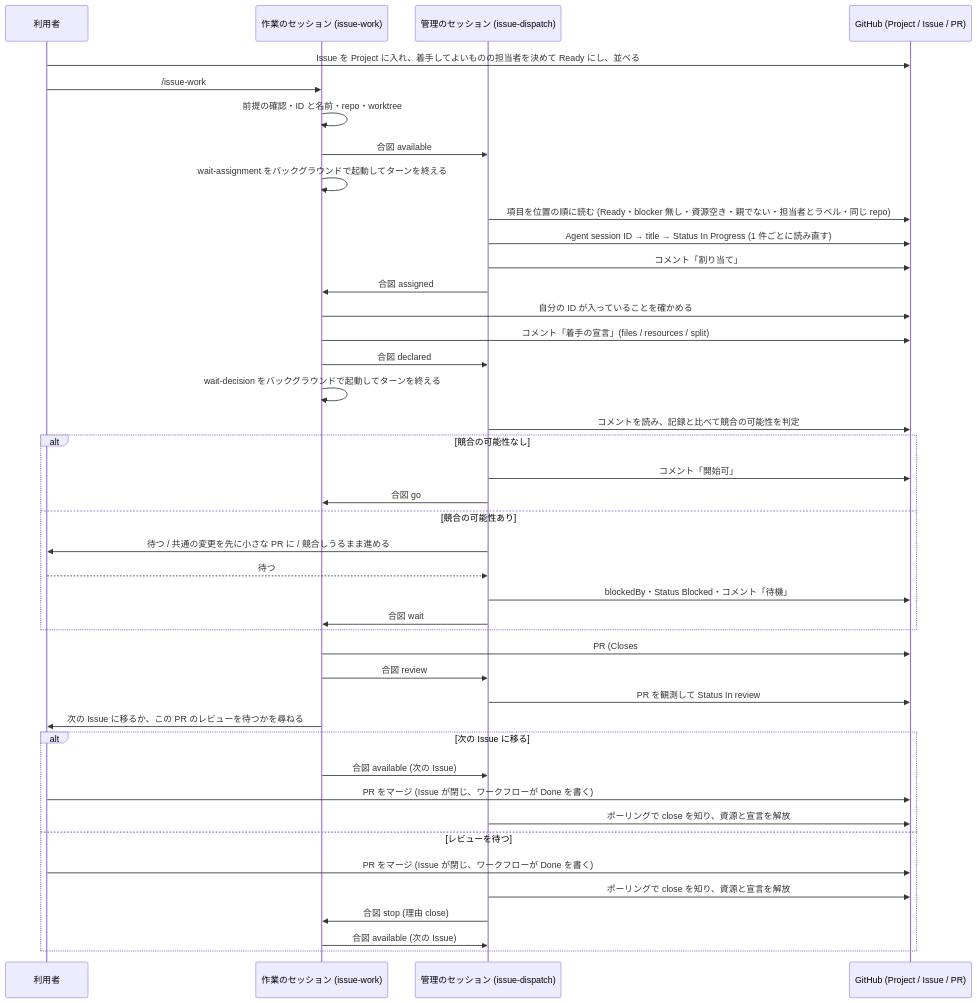
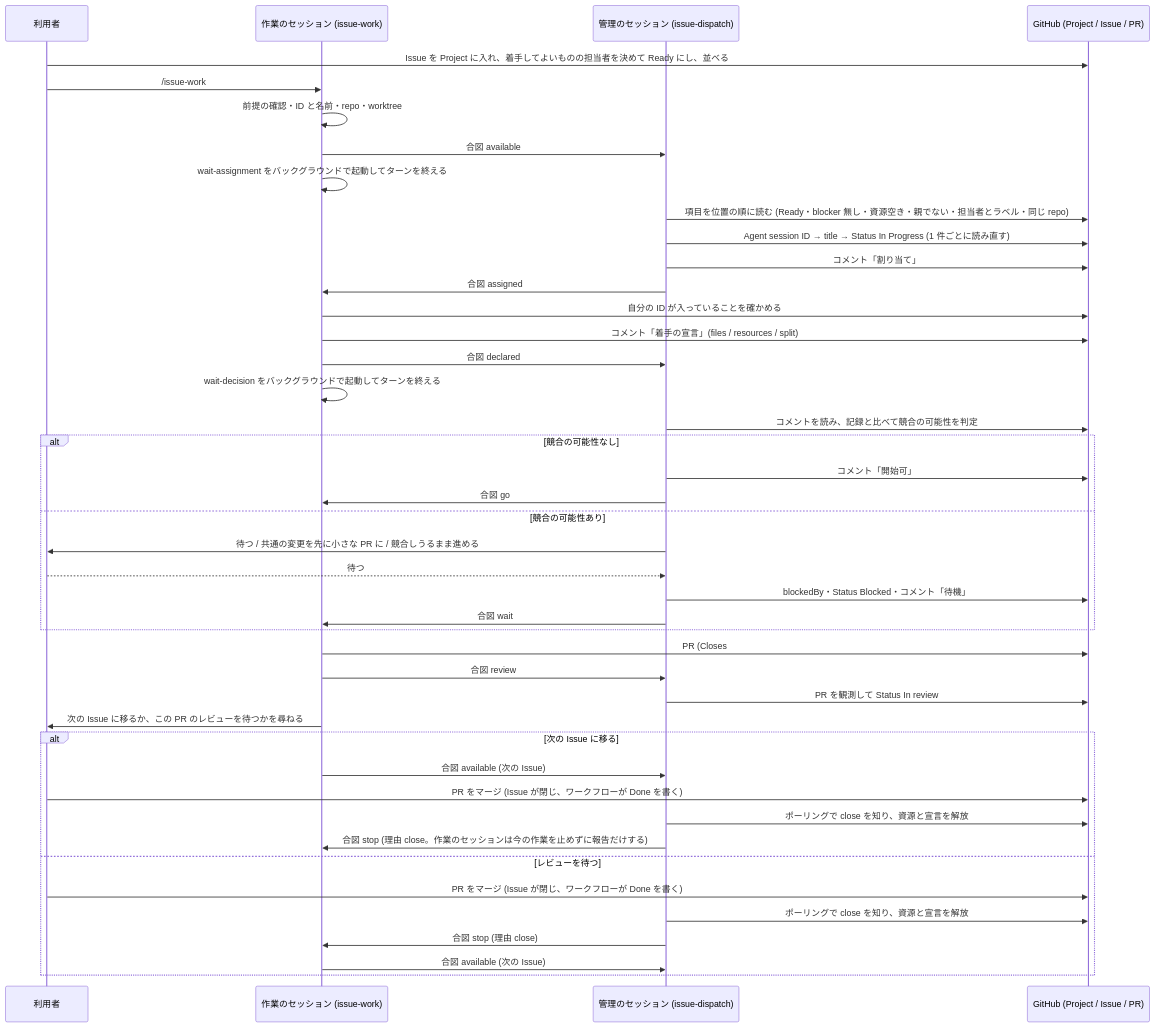
Before and after one commit to akm/claude-plugins: the first of 3 diagrams in docs/plans/2026-10-06-2025-feat-issue-dispatch-plan.md, drawn with Mermaid. The commit also changed other lines of this file, not shown here.

First line of the commit message:
📝 docs(plans): issue-dispatch の計画で、In review の Issue が閉じたときに合図 stop を承認なしで送ると R21 に書く (#114)

````diff
--- a/docs/plans/2026-10-06-2025-feat-issue-dispatch-plan.md
+++ b/docs/plans/2026-10-06-2025-feat-issue-dispatch-plan.md
@@ -601,45 +601,46 @@
 ```mermaid
 sequenceDiagram
   participant U as 利用者
   participant W as 作業のセッション (issue-work)
   participant M as 管理のセッション (issue-dispatch)
   participant G as GitHub (Project / Issue / PR)
 
   U->>G: Issue を Project に入れ、着手してよいものの担当者を決めて Ready にし、並べる
   U->>W: /issue-work
   W->>W: 前提の確認・ID と名前・repo・worktree
   W->>M: 合図 available
   W->>W: wait-assignment をバックグラウンドで起動してターンを終える
   M->>G: 項目を位置の順に読む (Ready・blocker 無し・資源空き・親でない・担当者とラベル・同じ repo)
   M->>G: Agent session ID → title → Status In Progress (1 件ごとに読み直す)
   M->>G: コメント「割り当て」
   M->>W: 合図 assigned
   W->>G: 自分の ID が入っていることを確かめる
   W->>G: コメント「着手の宣言」(files / resources / split)
   W->>M: 合図 declared
   W->>W: wait-decision をバックグラウンドで起動してターンを終える
   M->>G: コメントを読み、記録と比べて競合の可能性を判定
   alt 競合の可能性なし
     M->>G: コメント「開始可」
     M->>W: 合図 go
   else 競合の可能性あり
     M->>U: 待つ / 共通の変更を先に小さな PR に / 競合しうるまま進める
     U-->>M: 待つ
     M->>G: blockedBy・Status Blocked・コメント「待機」
     M->>W: 合図 wait
   end
   W->>G: PR (Closes #N) を作り ready for review にする
   W->>M: 合図 review
   M->>G: PR を観測して Status In review
   W->>U: 次の Issue に移るか、この PR のレビューを待つかを尋ねる
   alt 次の Issue に移る
     W->>M: 合図 available (次の Issue)
     U->>G: PR をマージ (Issue が閉じ、ワークフローが Done を書く)
     M->>G: ポーリングで close を知り、資源と宣言を解放
+    M->>W: 合図 stop (理由 close。作業のセッションは今の作業を止めずに報告だけする)
   else レビューを待つ
     U->>G: PR をマージ (Issue が閉じ、ワークフローが Done を書く)
     M->>G: ポーリングで close を知り、資源と宣言を解放
     M->>W: 合図 stop (理由 close)
     W->>M: 合図 available (次の Issue)
   end
 ```
````
